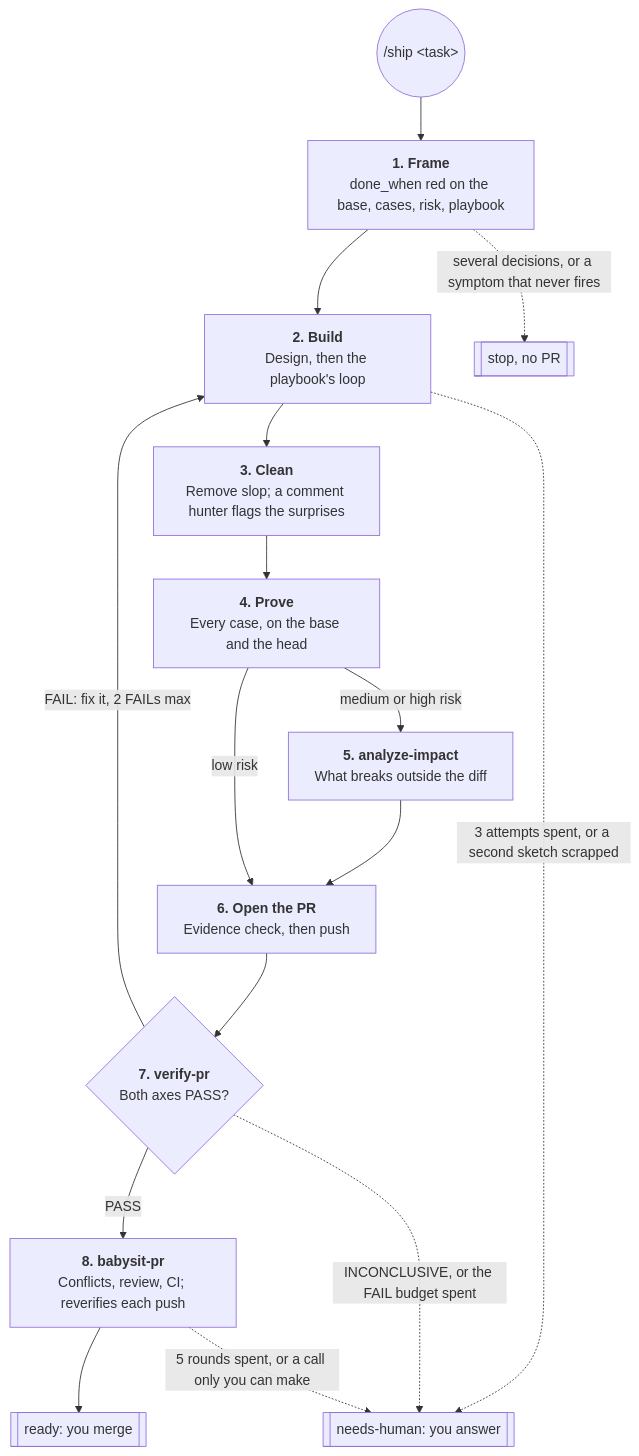
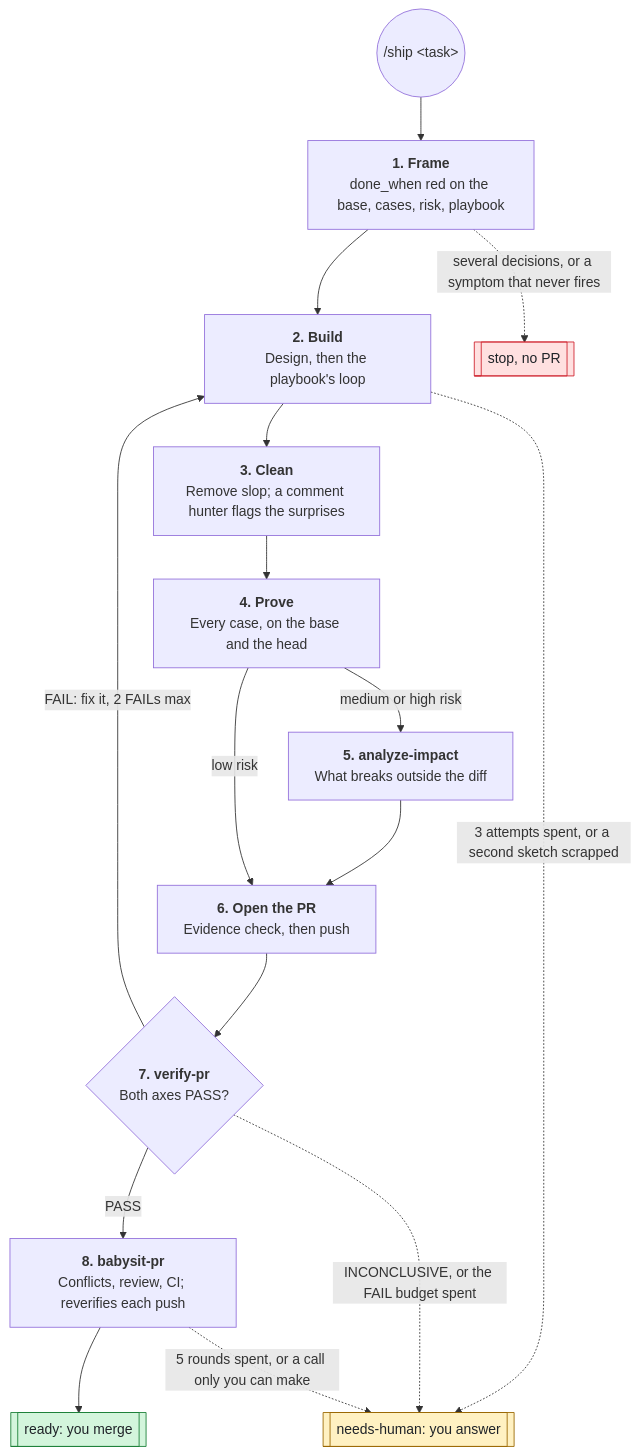
Before and after one commit to Ilian-Allaf/skillstack: the eighth of 12 diagrams in skills/GRAPH.md, drawn with Mermaid. The commit also changed other lines of this file, not shown here.

First line of the commit message:
Make the skill graph readable at a glance

````diff
--- a/skills/GRAPH.md
+++ b/skills/GRAPH.md
@@ -144,26 +176,33 @@
 ```mermaid
 flowchart TB
   start(("/ship #lt;task#gt;"))
   frame["<b>1. Frame</b><br/>done_when red on the base, cases, risk, playbook"]
   build["<b>2. Build</b><br/>Design, then the playbook's loop"]
   clean["<b>3. Clean</b><br/>Remove slop; a comment hunter flags the surprises"]
   prove["<b>4. Prove</b><br/>Every case, on the base and the head"]
   impact["<b>5. analyze-impact</b><br/>What breaks outside the diff"]
   open["<b>6. Open the PR</b><br/>Evidence check, then push"]
   verdict{"<b>7. verify-pr</b><br/>Both axes PASS?"}
   babysit["<b>8. babysit-pr</b><br/>Conflicts, review, CI; reverifies each push"]
   ready[["ready: you merge"]]
   human[["needs-human: you answer"]]
   nopr[["stop, no PR"]]
 
   start --> frame --> build --> clean --> prove
   prove -->|medium or high risk| impact --> open
   prove -->|low risk| open
   open --> verdict
   verdict -->|PASS| babysit --> ready
   verdict -->|"FAIL: fix it, 2 FAILs max"| build
   frame -.->|"several decisions, or a symptom that never fires"| nopr
   build -.->|"3 attempts spent, or a second sketch scrapped"| human
   verdict -.->|"INCONCLUSIVE, or the FAIL budget spent"| human
   babysit -.->|"5 rounds spent, or a call only you can make"| human
+
+  classDef ready fill:#d3f5dc,stroke:#1a7f37,color:#1f2328
+  classDef human fill:#fff1c2,stroke:#9a6700,color:#1f2328
+  classDef stop fill:#ffe0e0,stroke:#cf222e,color:#1f2328
+  class ready ready
+  class human human
+  class nopr stop
 ```
````
